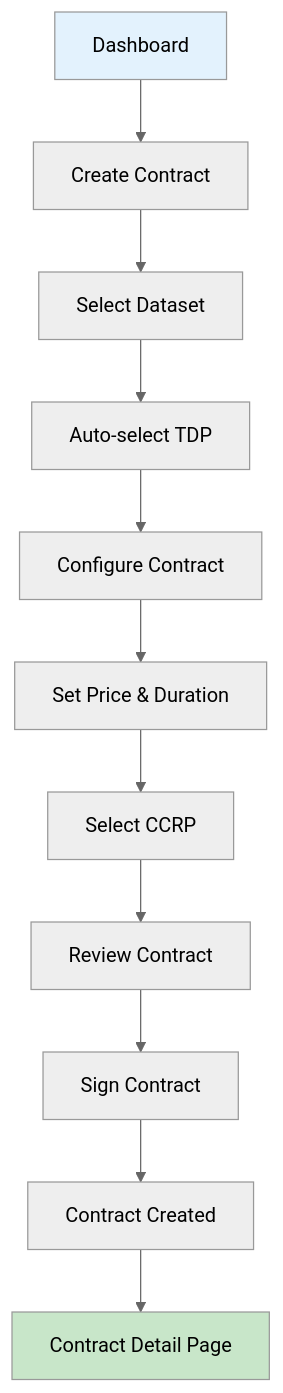
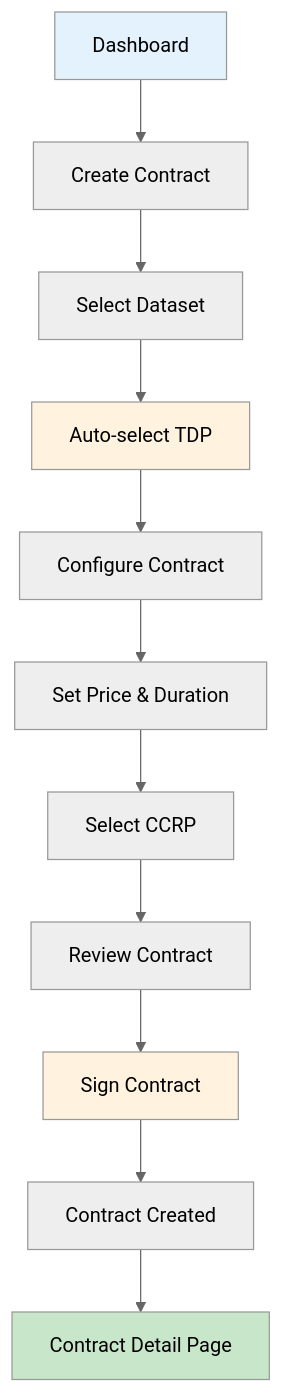
One commit to gitmujoshi/Confidential-AI-Network changed the fifth of 17 diagrams in UI_DESIGN_DOCUMENT.md. Above: the diagram before and after it, drawn with Mermaid (neutral theme). The commit also changed other lines of this file, not shown here.

````diff
--- a/UI_DESIGN_DOCUMENT.md
+++ b/UI_DESIGN_DOCUMENT.md
@@ -226,16 +252,18 @@
 ```mermaid
-graph TD
+flowchart TD
     A[Dashboard] --> B[Create Contract]
     B --> C[Select Dataset]
     C --> D[Auto-select TDP]
     D --> E[Configure Contract]
     E --> F[Set Price & Duration]
     F --> G[Select CCRP]
     G --> H[Review Contract]
     H --> I[Sign Contract]
     I --> J[Contract Created]
     J --> K[Contract Detail Page]
     
     style A fill:#e3f2fd
     style K fill:#c8e6c9
+    style D fill:#fff3e0
+    style I fill:#fff3e0
 ```
````
